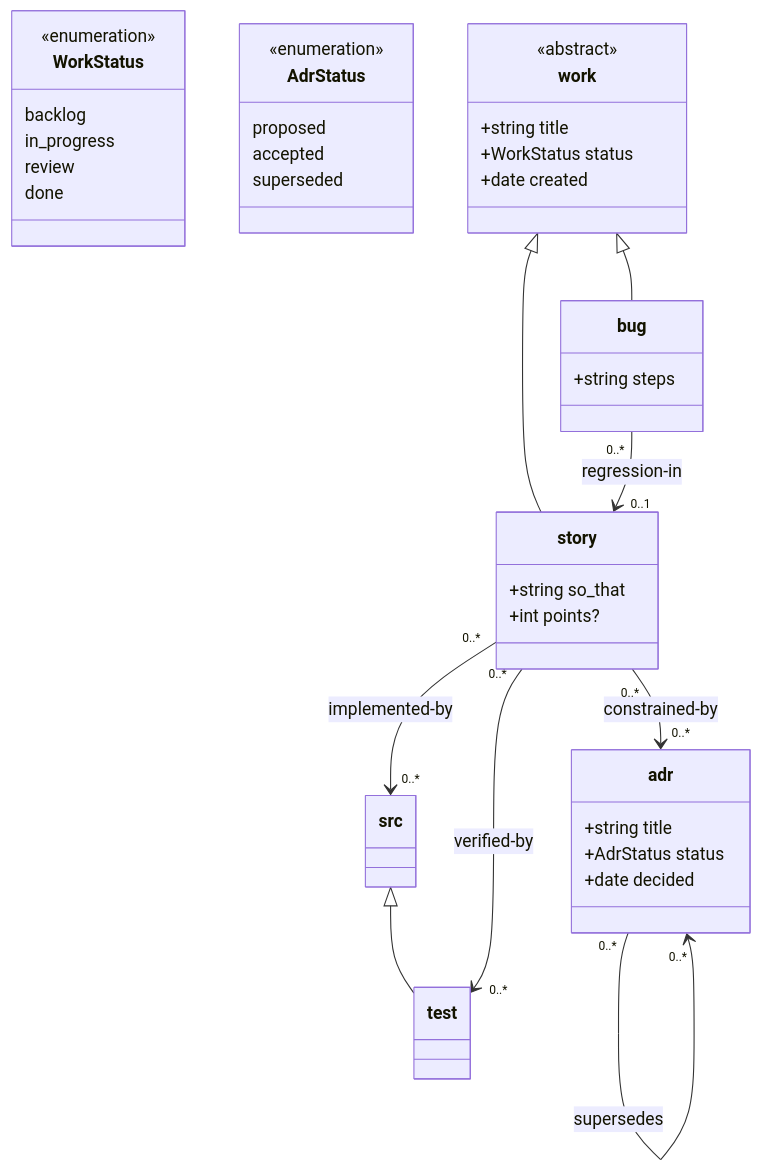
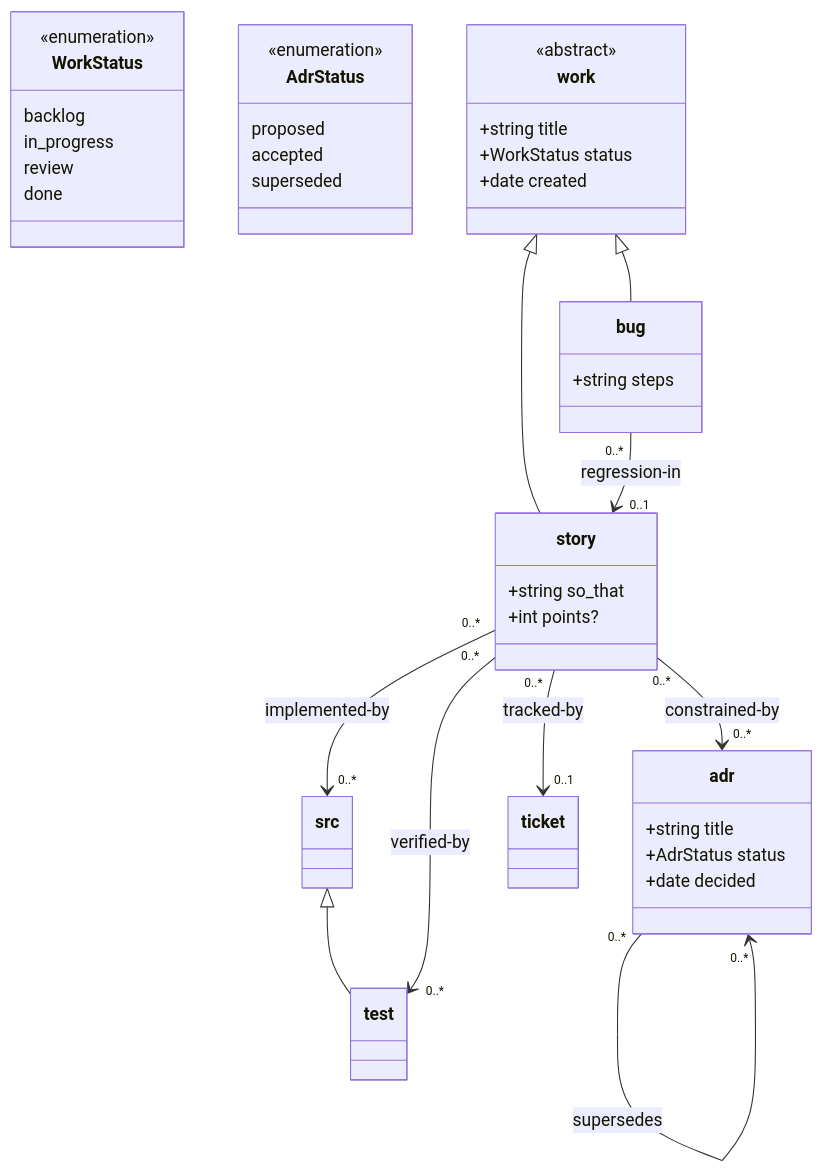
The first of 2 diagrams in skills/creating-a-loom-workflow/references/example-workflows.md (ai4ci/loom-cli), drawn with Mermaid before and after one commit. The commit also changed other lines of this file and 2 other files, not shown here.

First line of the commit message:
docs: refresh example workflows; drop the three-env-vars path story

````diff
--- a/skills/creating-a-loom-workflow/references/example-workflows.md
+++ b/skills/creating-a-loom-workflow/references/example-workflows.md
@@ -20,56 +20,58 @@
 ```mermaid
 classDiagram
     %% @path story design/stories
     %% @path bug design/bugs
     %% @path adr design/decisions
     %% @path src /src
     %% @path test /test
+    %% @prefix ticket: https://github.com/my-org/my-repo/issues/
     class WorkStatus {
         <<enumeration>>
         backlog
         in_progress
         review
         done
     }
 
     class AdrStatus {
         <<enumeration>>
         proposed
         accepted
         superseded
     }
 
     class work {
         <<abstract>>
         +string title
         +WorkStatus status
         +date created
     }
 
     class story {
         +string so_that
         +int points?
     }
 
     class bug {
         +string steps
     }
 
     class adr {
         +string title
         +AdrStatus status
         +date decided
     }
 
     class test
 
     work <|-- story
     work <|-- bug
     src <|-- test
 
     story "0..*" --> "0..*" adr : constrained-by
     bug "0..*" --> "0..1" story : regression-in
     story "0..*" --> "0..*" src : implemented-by
     story "0..*" --> "0..*" test : verified-by
+    story "0..*" --> "0..1" ticket : tracked-by
     adr "0..*" --> "0..*" adr : supersedes
 ```
````
